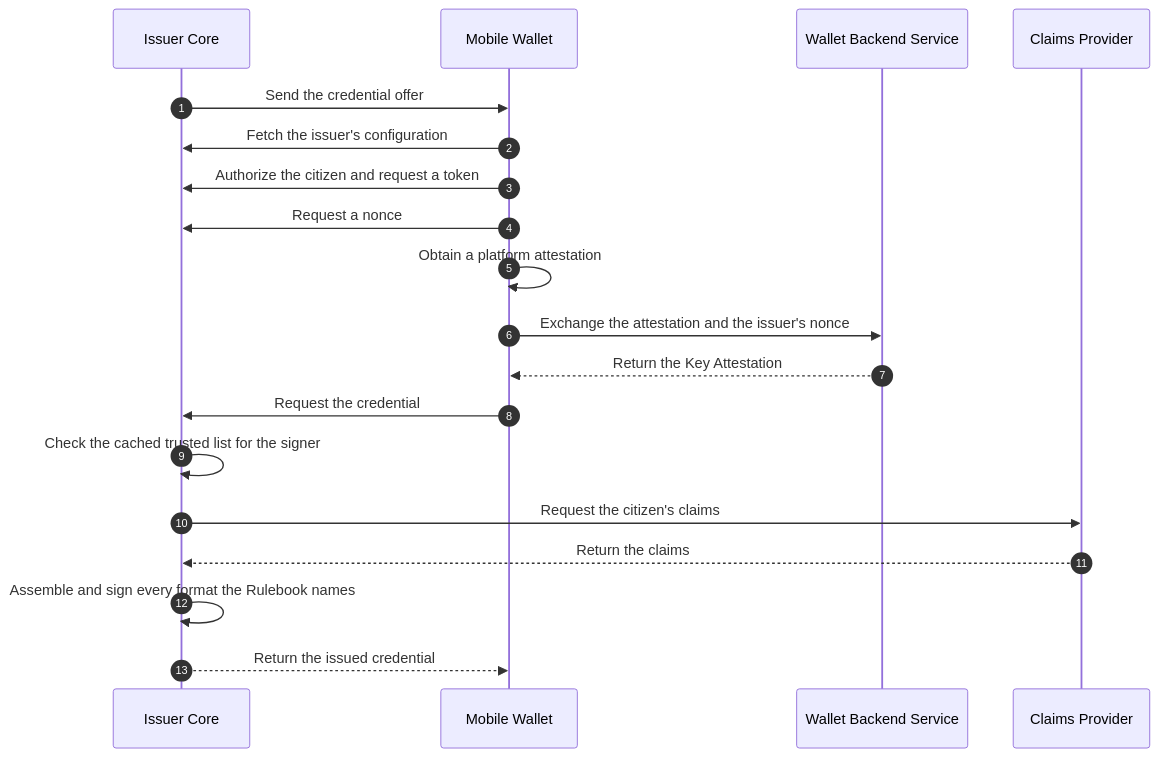
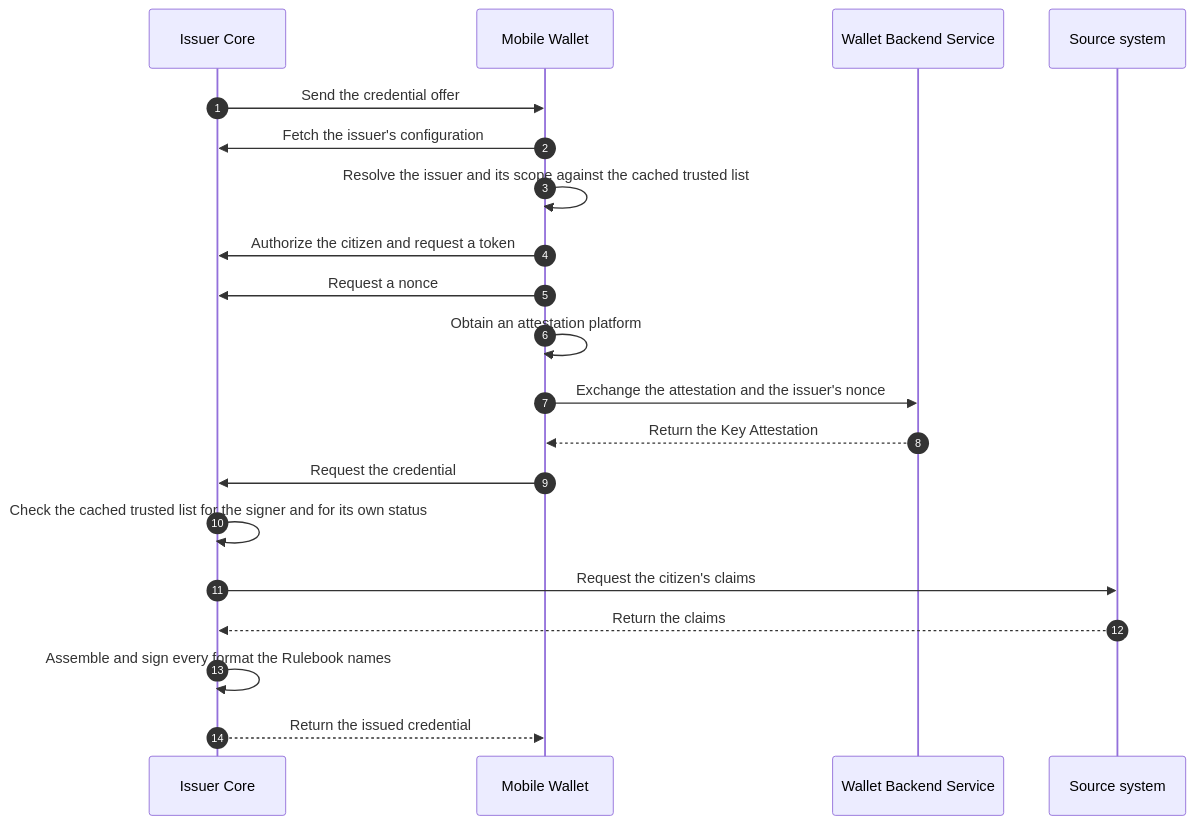
The seventh of 14 diagrams in docs/architecture-framework/high-level-architecture/flows-per-use-case.md (id-verifiable-credential-dev/id-doc-idctf), drawn with Mermaid before and after one commit. The commit also changed other lines of this file and 87 other files, not shown here.

````diff
--- a/docs/architecture-framework/high-level-architecture/flows-per-use-case.md
+++ b/docs/architecture-framework/high-level-architecture/flows-per-use-case.md
@@ -406,21 +517,22 @@
 ```mermaid
 sequenceDiagram
     autonumber
     participant IC as Issuer Core
     participant MW as Mobile Wallet
     participant WBS as Wallet Backend Service
-    participant CP as Claims Provider
+    participant SS as Source system
     IC->>MW: Send the credential offer
     MW->>IC: Fetch the issuer's configuration
+    MW->>MW: Resolve the issuer and its scope against the cached trusted list
     MW->>IC: Authorize the citizen and request a token
     MW->>IC: Request a nonce
-    MW->>MW: Obtain a platform attestation
+    MW->>MW: Obtain an attestation platform
     MW->>WBS: Exchange the attestation and the issuer's nonce
     WBS-->>MW: Return the Key Attestation
     MW->>IC: Request the credential
-    IC->>IC: Check the cached trusted list for the signer
-    IC->>CP: Request the citizen's claims
-    CP-->>IC: Return the claims
+    IC->>IC: Check the cached trusted list for the signer and for its own status
+    IC->>SS: Request the citizen's claims
+    SS-->>IC: Return the claims
     IC->>IC: Assemble and sign every format the Rulebook names
     IC-->>MW: Return the issued credential
 ```
````
